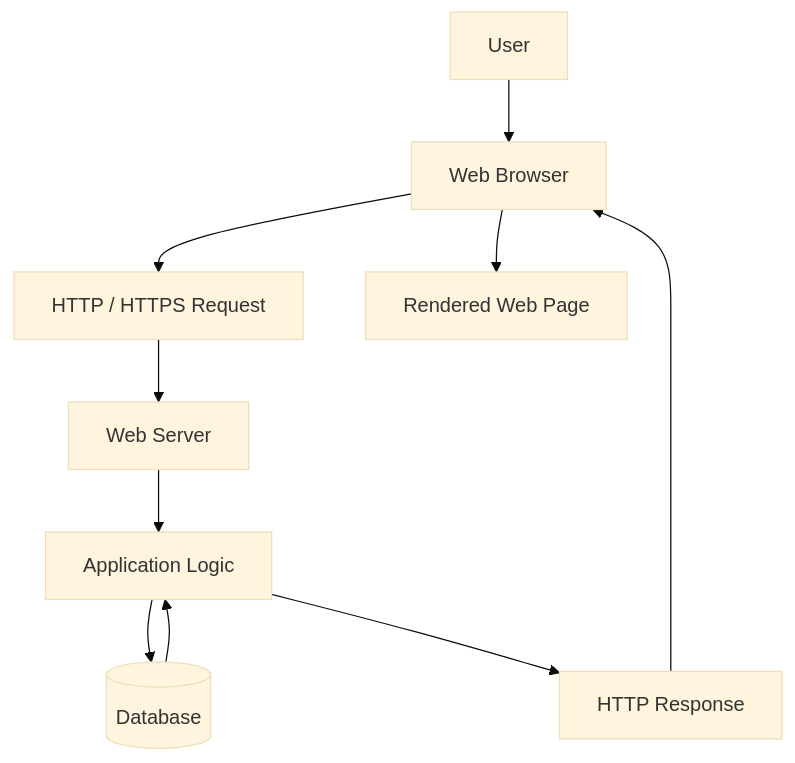
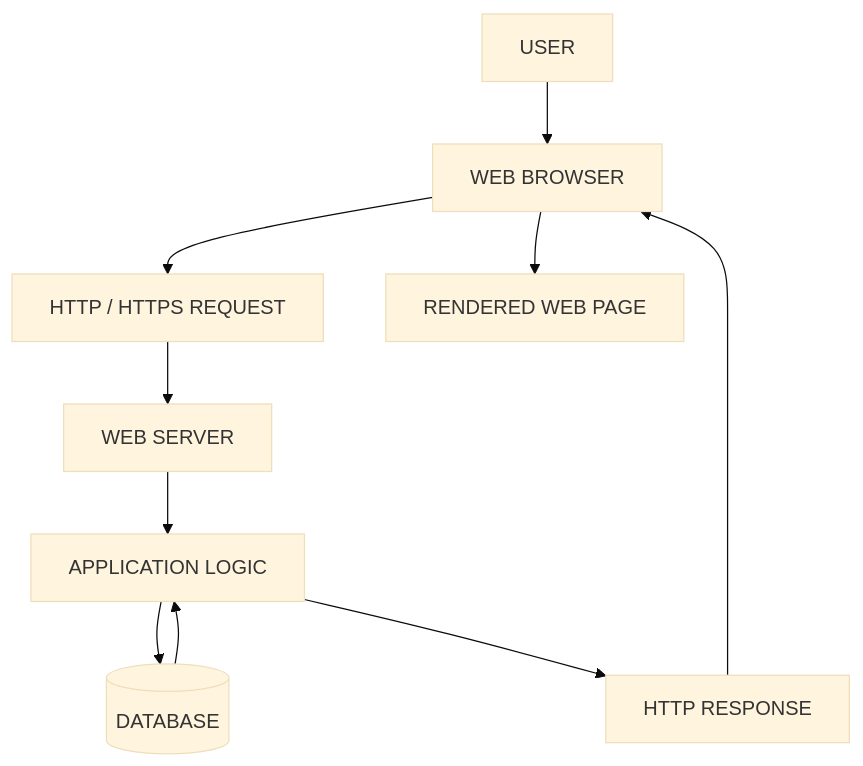
Before and after one commit to GhostMaskR/Web-Application-Basics: the second of 5 diagrams in README.md, drawn with Mermaid (base theme). The commit also changed other lines of this file, not shown here.

````diff
--- a/README.md
+++ b/README.md
@@ -177,12 +175,12 @@
 ```mermaid
 flowchart TD
-    A["User"] --> B["Web Browser"]
-    B --> C["HTTP / HTTPS Request"]
-    C --> D["Web Server"]
-    D --> E["Application Logic"]
-    E --> F[("Database")]
+    A["USER"] --> B["WEB BROWSER"]
+    B --> C["HTTP / HTTPS REQUEST"]
+    C --> D["WEB SERVER"]
+    D --> E["APPLICATION LOGIC"]
+    E --> F[("DATABASE")]
     F --> E
-    E --> G["HTTP Response"]
+    E --> G["HTTP RESPONSE"]
     G --> B
-    B --> H["Rendered Web Page"]
+    B --> H["RENDERED WEB PAGE"]
 ```
````
